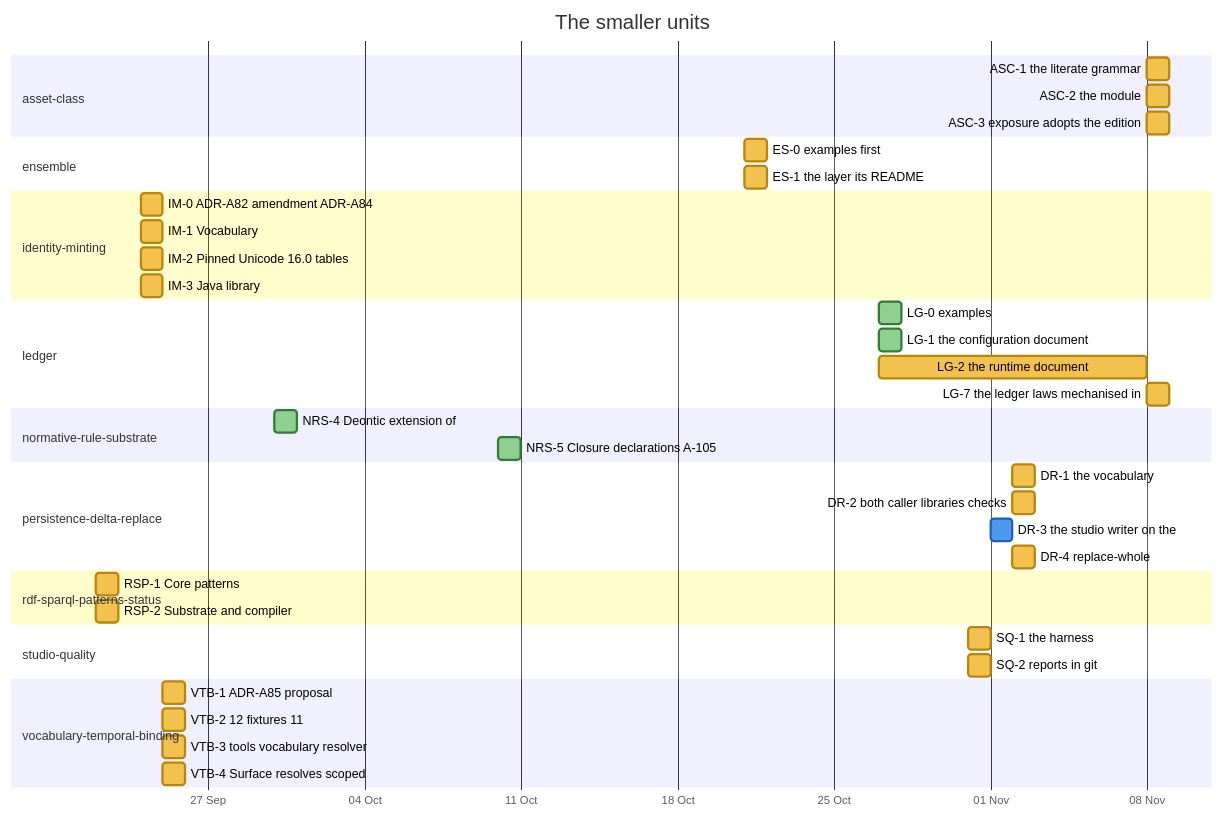
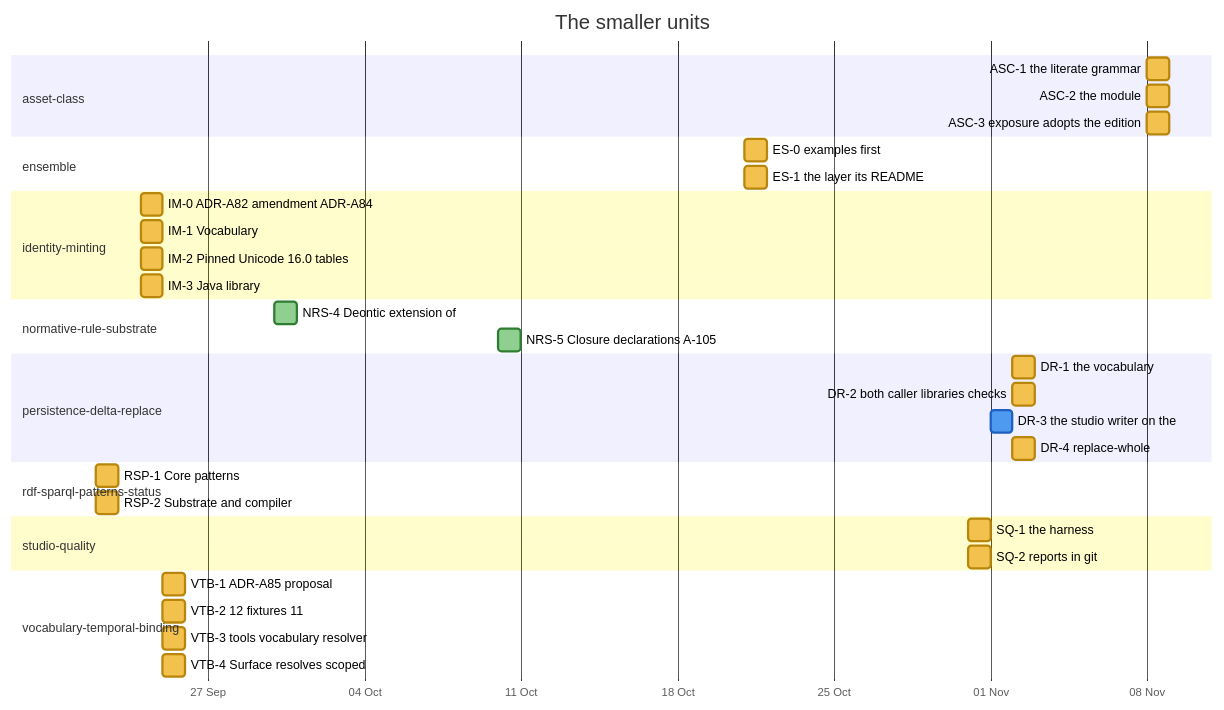
One commit to nebularis/lattice changed diagram 21 of 31 in docs/developer/ROADMAP.md. Above: the diagram before and after it, drawn with Mermaid. The commit also changed other lines of this file, not shown here.

First line of the commit message:
docs(roadmap): FME-0 and LG-8 built on machine S

````diff
--- a/docs/developer/ROADMAP.md
+++ b/docs/developer/ROADMAP.md
@@ -539,43 +554,38 @@
 ```mermaid
 %%{init: {"themeVariables": {"taskBkgColor": "#f2c14e", "taskBorderColor": "#b8860b", "taskTextColor": "#000000", "activeTaskBkgColor": "#4e9af1", "activeTaskBorderColor": "#1f5fbf", "activeTaskBorderColor": "#1f5fbf", "doneTaskBkgColor": "#8fcf8f", "doneTaskBorderColor": "#2f7d32", "critBkgColor": "#f28b82", "critBorderColor": "#b23a30", "taskTextDarkColor": "#000000", "taskTextLightColor": "#000000"}}}%%
 gantt
     title The smaller units
     dateFormat YYYY-MM-DD
     axisFormat %d %b
     section asset-class
     ASC-1 the literate grammar :asc1, 2026-11-08, 2026-11-09
     ASC-2 the module :asc2, 2026-11-08, 2026-11-09
     ASC-3 exposure adopts the edition :asc3, 2026-11-08, 2026-11-09
     section ensemble
     ES-0 examples first :es0, 2026-10-21, 2026-10-22
     ES-1 the layer its README :es1, 2026-10-21, 2026-10-22
     section identity-minting
     IM-0 ADR-A82 amendment ADR-A84 :im0, 2026-09-24, 2026-09-25
     IM-1 Vocabulary :im1, 2026-09-24, 2026-09-25
     IM-2 Pinned Unicode 16.0 tables :im2, 2026-09-24, 2026-09-25
     IM-3 Java library :im3, 2026-09-24, 2026-09-25
-    section ledger
-    LG-0 examples :done, lg0, 2026-10-27, 2026-10-28
-    LG-1 the configuration document :done, lg1, 2026-10-27, 2026-10-28
-    LG-2 the runtime document :lg2, 2026-10-27, 2026-11-08
-    LG-7 the ledger laws mechanised in :lg7, 2026-11-08, 2026-11-09
     section normative-rule-substrate
     NRS-4 Deontic extension of :done, nrs4, 2026-09-30, 2026-10-01
     NRS-5 Closure declarations A-105 :done, nrs5, 2026-10-10, 2026-10-11
     section persistence-delta-replace
     DR-1 the vocabulary :dr1, 2026-11-02, 2026-11-03
     DR-2 both caller libraries checks :dr2, 2026-11-02, 2026-11-03
     DR-3 the studio writer on the :active, dr3, 2026-11-01, 2026-11-02
     DR-4 replace-whole :dr4, 2026-11-02, 2026-11-03
     section rdf-sparql-patterns-status
     RSP-1 Core patterns :rsp1, 2026-09-22, 2026-09-23
     RSP-2 Substrate and compiler :rsp2, 2026-09-22, 2026-09-23
     section studio-quality
     SQ-1 the harness :sq1, 2026-10-31, 2026-11-01
     SQ-2 reports in git :sq2, 2026-10-31, 2026-11-01
     section vocabulary-temporal-binding
     VTB-1 ADR-A85 proposal :vtb1, 2026-09-25, 2026-09-26
     VTB-2 12 fixtures 11 :vtb2, 2026-09-25, 2026-09-26
     VTB-3 tools vocabulary resolver :vtb3, 2026-09-25, 2026-09-26
     VTB-4 Surface resolves scoped :vtb4, 2026-09-25, 2026-09-26
 ```
````
